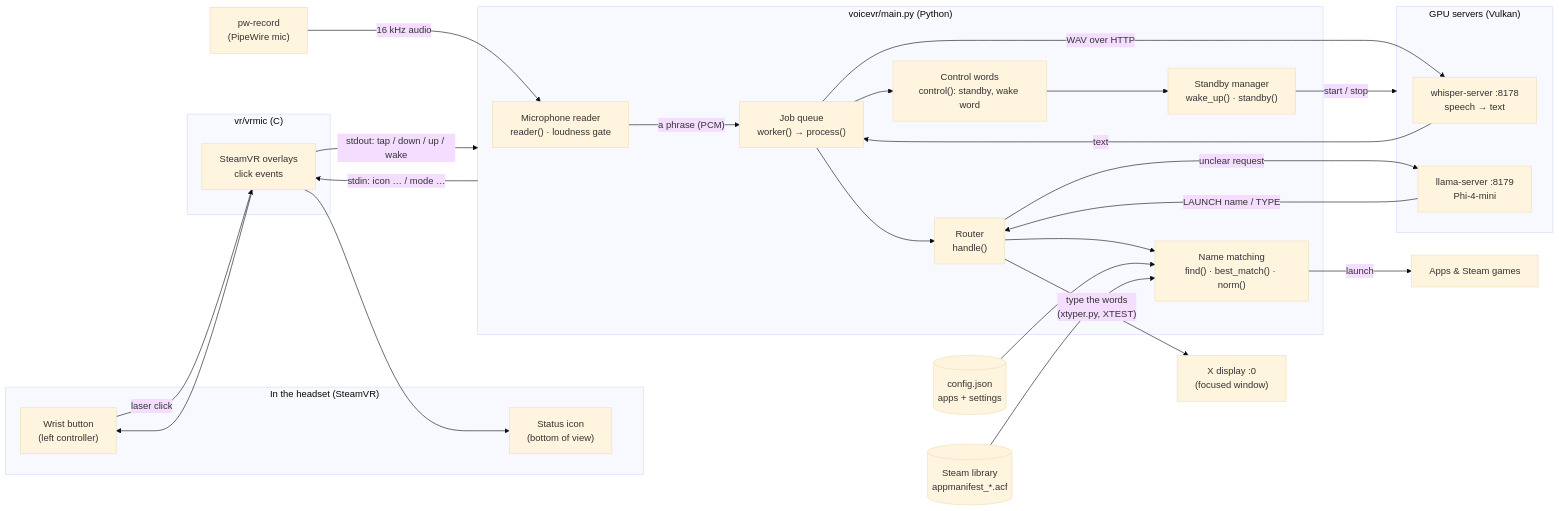
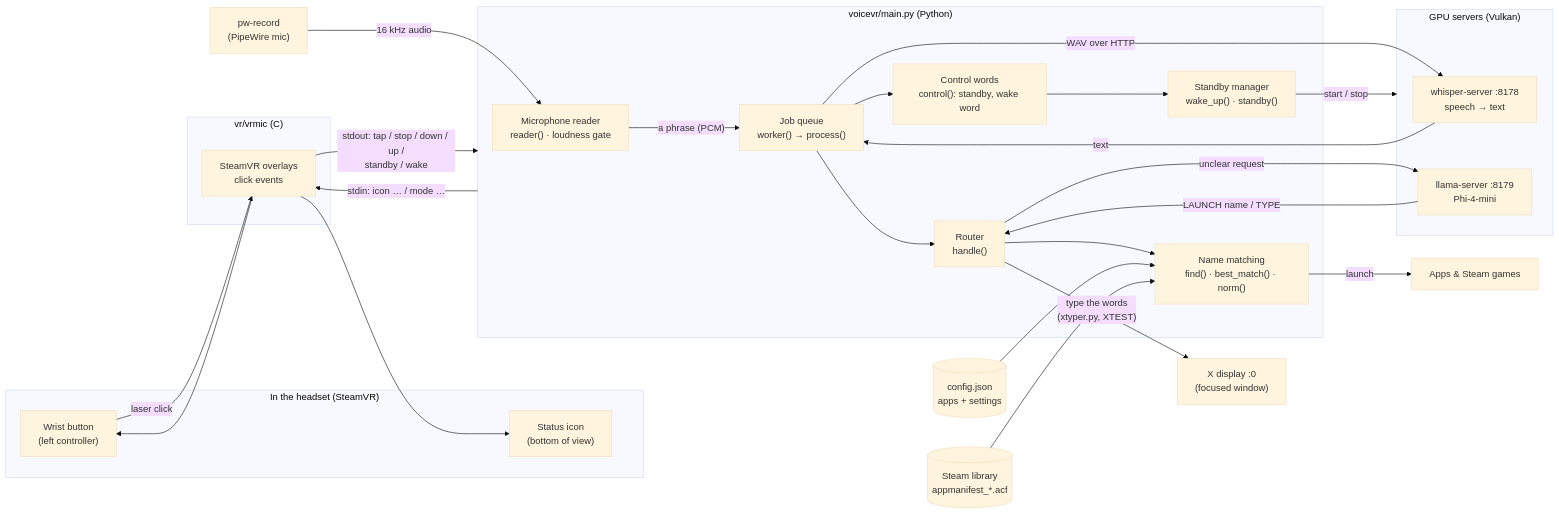
Before and after one commit to HappyPhoton26/FrameVoice: the first of 3 diagrams in docs/ARCHITECTURE.md, drawn with Mermaid (base theme). The commit also changed other lines of this file and 4 other files, not shown here.

Commit message:
Stop button: click again to stop listening; power button for standby

````diff
--- a/docs/ARCHITECTURE.md
+++ b/docs/ARCHITECTURE.md
@@ -17,53 +17,53 @@
 ```mermaid
 flowchart LR
     subgraph Headset["In the headset (SteamVR)"]
         BTN["Wrist button<br/>(left controller)"]
         ICON["Status icon<br/>(bottom of view)"]
     end
 
     subgraph VR["vr/vrmic  (C)"]
         OVL["SteamVR overlays<br/>click events"]
     end
 
     subgraph PY["voicevr/main.py  (Python)"]
         MIC["Microphone reader<br/>reader() · loudness gate"]
         Q["Job queue<br/>worker() → process()"]
         CTRL["Control words<br/>control(): standby, wake word"]
         ROUTE["Router<br/>handle()"]
         MATCH["Name matching<br/>find() · best_match() · norm()"]
         SB["Standby manager<br/>wake_up() · standby()"]
     end
 
     subgraph AI["GPU servers (Vulkan)"]
         WH["whisper-server :8178<br/>speech → text"]
         PHI["llama-server :8179<br/>Phi-4-mini"]
     end
 
     PW["pw-record<br/>(PipeWire mic)"]
     CFG[("config.json<br/>apps + settings")]
     STEAM[("Steam library<br/>appmanifest_*.acf")]
     X["X display :0<br/>(focused window)"]
     APPS["Apps & Steam games"]
 
     BTN -- "laser click" --> OVL
-    OVL -- "stdout: tap / down / up / wake" --> PY
+    OVL -- "stdout: tap / stop / down / up /<br/>standby / wake" --> PY
     PY -- "stdin: icon … / mode …" --> OVL
     OVL --> ICON
     OVL --> BTN
 
     PW -- "16 kHz audio" --> MIC
     MIC -- "a phrase (PCM)" --> Q
     Q -- "WAV over HTTP" --> WH
     WH -- "text" --> Q
     Q --> CTRL
     Q --> ROUTE
     ROUTE -- "unclear request" --> PHI
     PHI -- "LAUNCH name / TYPE" --> ROUTE
     ROUTE --> MATCH
     CFG --> MATCH
     STEAM --> MATCH
     MATCH -- "launch" --> APPS
     ROUTE -- "type the words<br/>(xtyper.py, XTEST)" --> X
     SB -- "start / stop" --> AI
     CTRL --> SB
 ```
````
